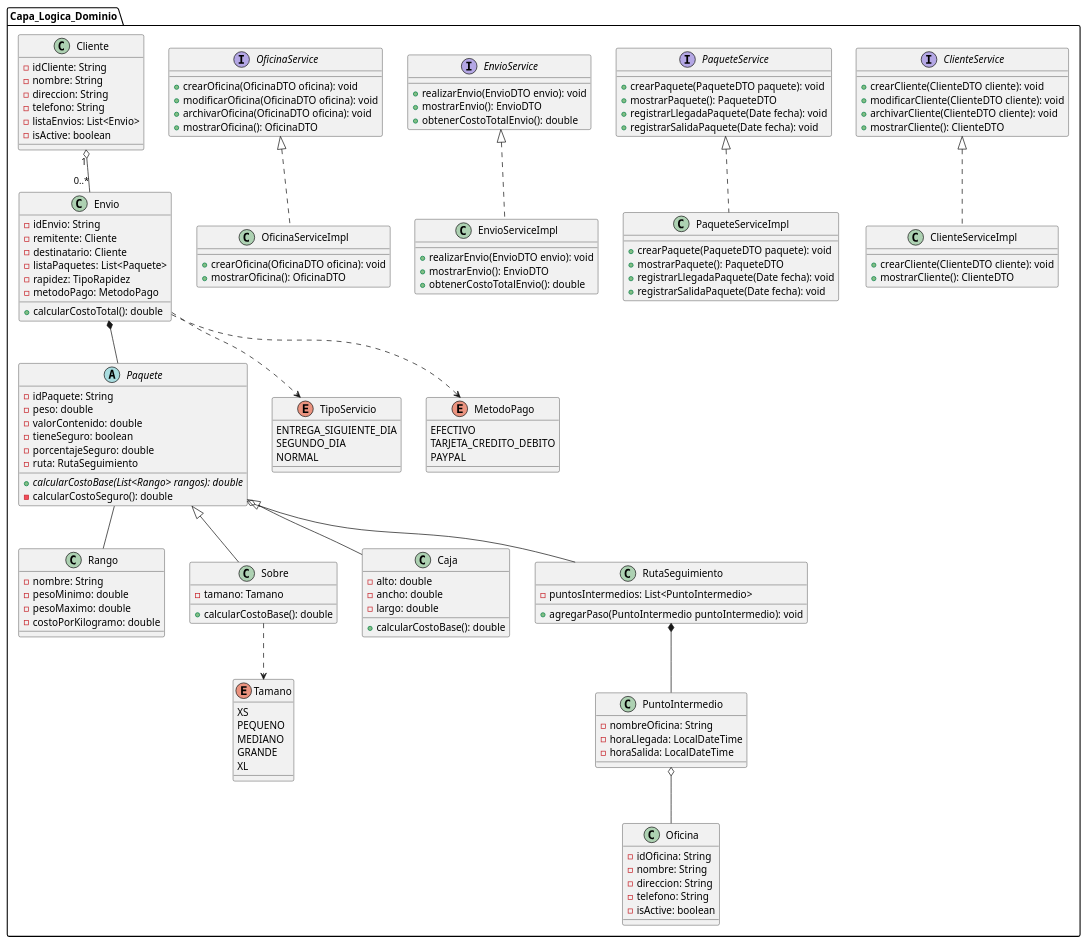
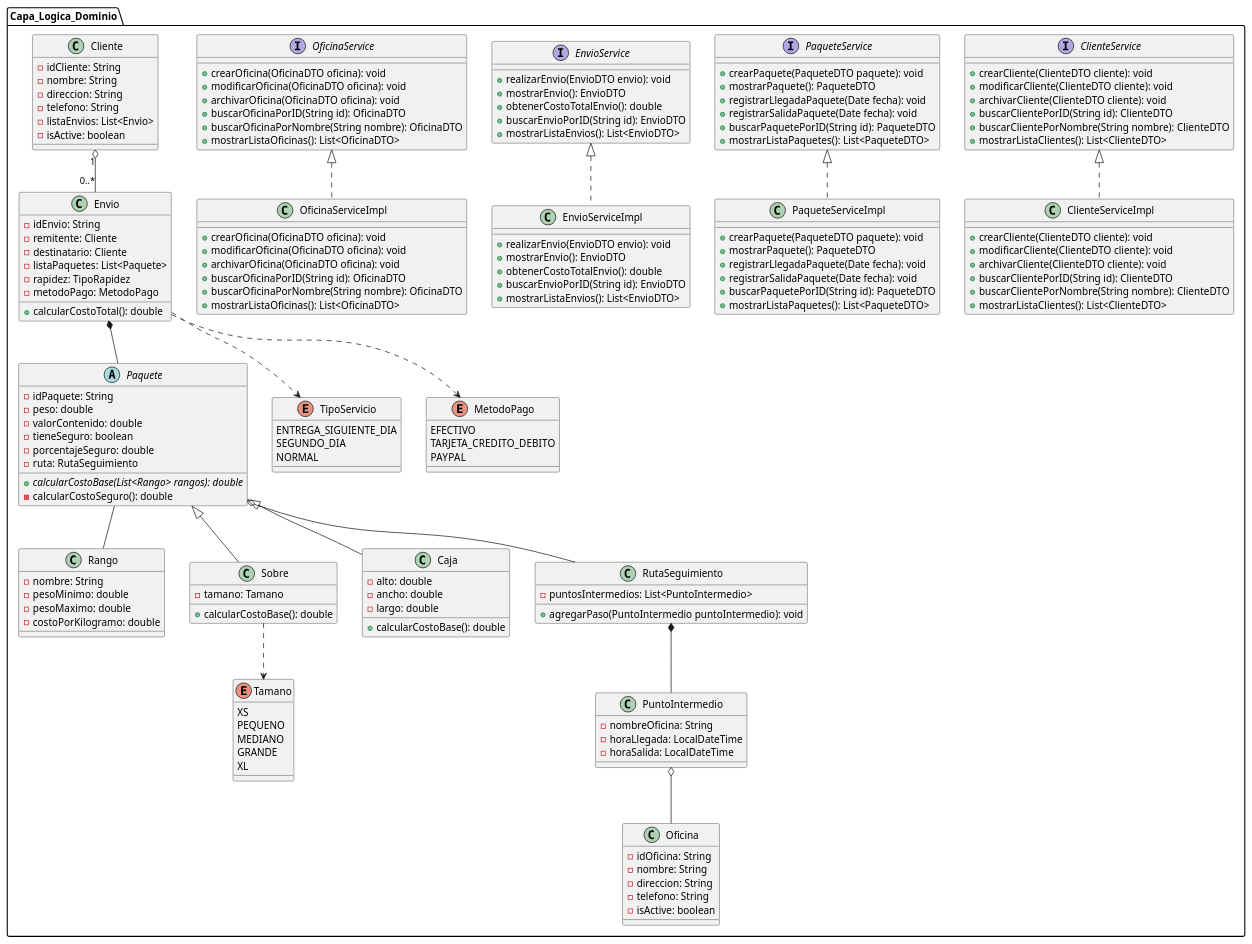
One commit to SVLucasAndres/ProyectoCourier changed the first of 2 diagrams in README.md. Above: the diagram before and after it, drawn with PlantUML.

Commit message:
UML Dominio COMPLETO !!!!! :D

```diff
--- a/README.md
+++ b/README.md
@@ -7,7 +7,9 @@
         + crearCliente(ClienteDTO cliente): void
 + modificarCliente(ClienteDTO cliente): void
 + archivarCliente(ClienteDTO cliente): void
-        + mostrarCliente(): ClienteDTO
+        + buscarClientePorID(String id): ClienteDTO
++ buscarClientePorNombre(String nombre): ClienteDTO
++ mostrarListaClientes(): List<ClienteDTO>
     }
 
     interface PaqueteService {
@@ -15,30 +17,44 @@
         + mostrarPaquete(): PaqueteDTO
         + registrarLlegadaPaquete(Date fecha): void
         + registrarSalidaPaquete(Date fecha): void
++ buscarPaquetePorID(String id): PaqueteDTO
++ mostrarListaPaquetes(): List<PaqueteDTO>
     }
 
     interface EnvioService {
         + realizarEnvio(EnvioDTO envio): void
         + mostrarEnvio(): EnvioDTO
         + obtenerCostoTotalEnvio(): double
++ buscarEnvioPorID(String id): EnvioDTO
++ mostrarListaEnvios(): List<EnvioDTO>
     }
 
 interface OficinaService {
         + crearOficina(OficinaDTO oficina): void
 + modificarOficina(OficinaDTO oficina): void
 + archivarOficina(OficinaDTO oficina): void
-        + mostrarOficina(): OficinaDTO
++ buscarOficinaPorID(String id): OficinaDTO
++ buscarOficinaPorNombre(String nombre): OficinaDTO
++ mostrarListaOficinas(): List<OficinaDTO>
     }
 
 
 class OficinaServiceImpl {
         + crearOficina(OficinaDTO oficina): void
-        + mostrarOficina(): OficinaDTO
++ modificarOficina(OficinaDTO oficina): void
++ archivarOficina(OficinaDTO oficina): void
++ buscarOficinaPorID(String id): OficinaDTO
++ buscarOficinaPorNombre(String nombre): OficinaDTO
++ mostrarListaOficinas(): List<OficinaDTO>
     }
 
 class ClienteServiceImpl {
         + crearCliente(ClienteDTO cliente): void
-        + mostrarCliente(): ClienteDTO
++ modificarCliente(ClienteDTO cliente): void
++ archivarCliente(ClienteDTO cliente): void
+        + buscarClientePorID(String id): ClienteDTO
++ buscarClientePorNombre(String nombre): ClienteDTO
++ mostrarListaClientes(): List<ClienteDTO>
     }
 
     class PaqueteServiceImpl {
@@ -46,12 +62,16 @@
         + mostrarPaquete(): PaqueteDTO
         + registrarLlegadaPaquete(Date fecha): void
         + registrarSalidaPaquete(Date fecha): void
++ buscarPaquetePorID(String id): PaqueteDTO
++ mostrarListaPaquetes(): List<PaqueteDTO>
     }
 
     class EnvioServiceImpl {
         + realizarEnvio(EnvioDTO envio): void
         + mostrarEnvio(): EnvioDTO
         + obtenerCostoTotalEnvio(): double
++ buscarEnvioPorID(String id): EnvioDTO
++ mostrarListaEnvios(): List<EnvioDTO>
     }
 
     class Cliente {
```
